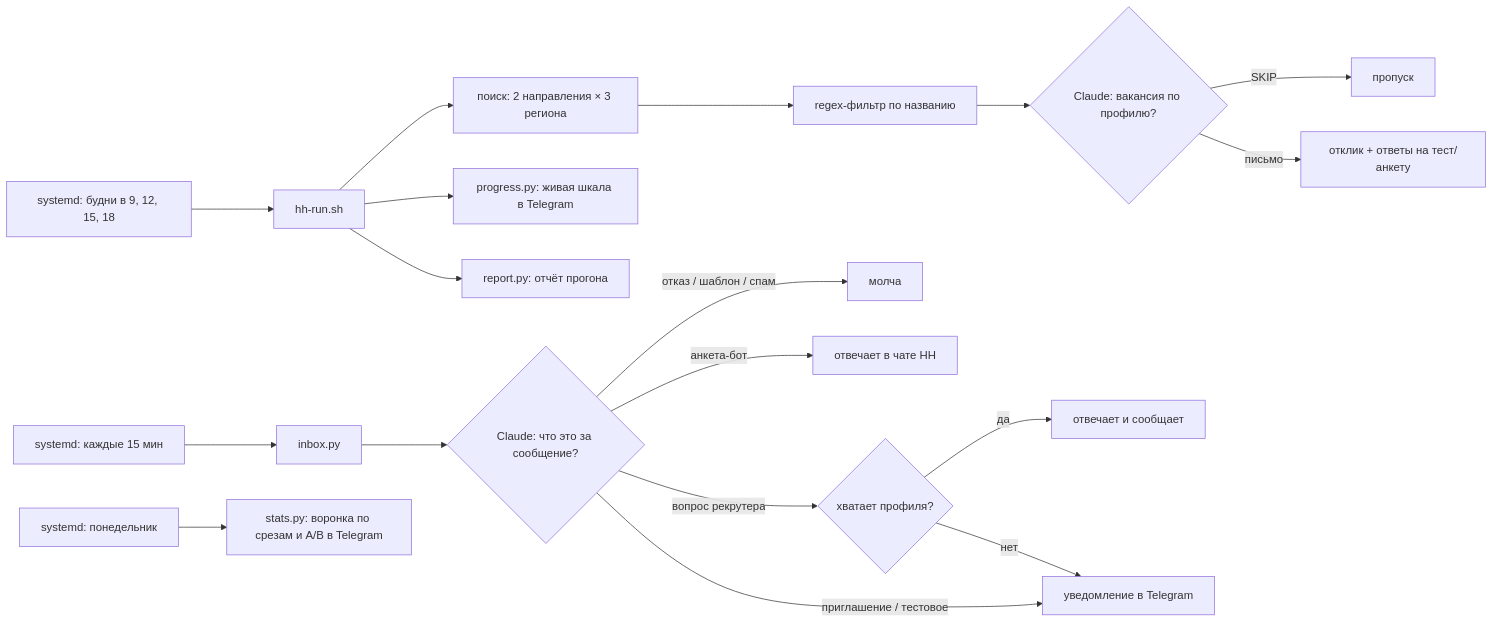
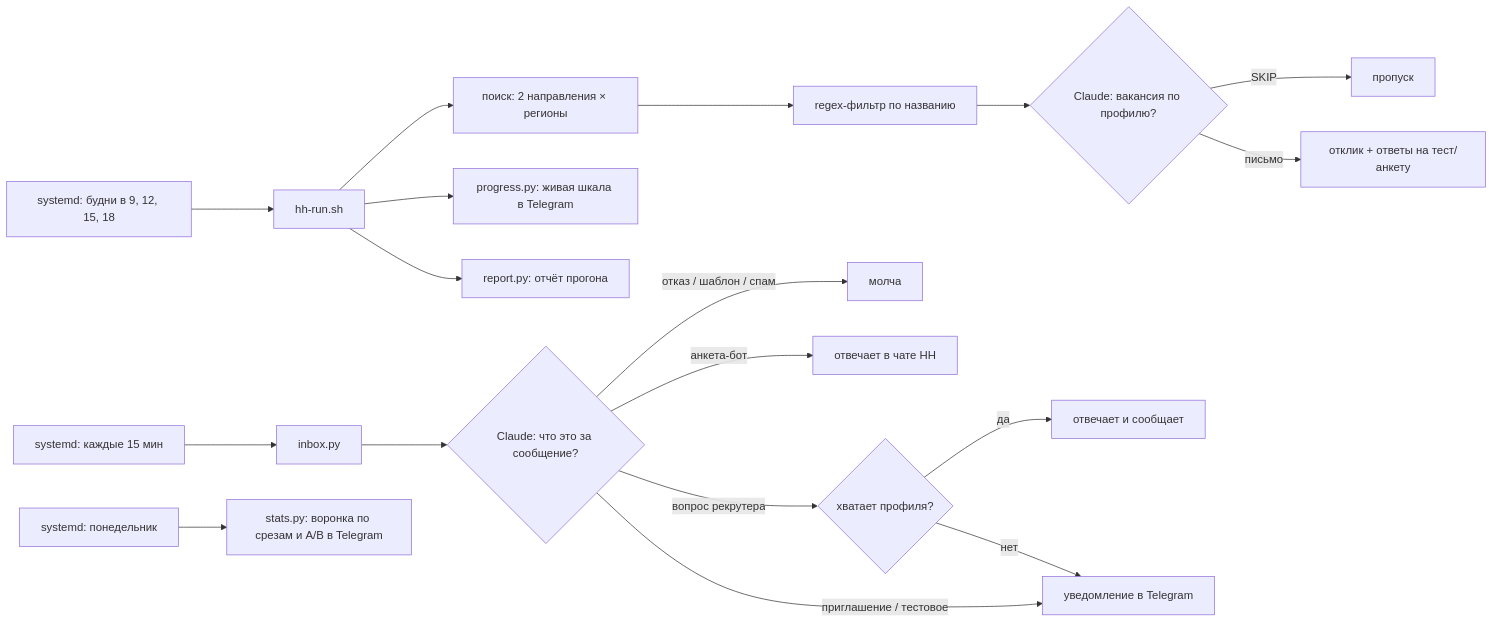
Before and after one commit to GetGoose44/hh-autopilot: the diagram in README.md, drawn with Mermaid. The commit also changed other lines of this file, not shown here.

Commit message:
README: проходы поиска

````diff
--- a/README.md
+++ b/README.md
@@ -37,20 +37,20 @@
 ```mermaid
 flowchart LR
     T1[systemd: будни в 9, 12, 15, 18] --> R[hh-run.sh]
-    R --> S[поиск: 2 направления × 3 региона]
+    R --> S[поиск: 2 направления × регионы]
     S --> F[regex-фильтр по названию]
     F --> L{Claude: вакансия по профилю?}
     L -- SKIP --> X[пропуск]
     L -- письмо --> A[отклик + ответы на тест/анкету]
     R --> P[progress.py: живая шкала в Telegram]
     R --> REP[report.py: отчёт прогона]
     T2[systemd: каждые 15 мин] --> I[inbox.py]
     I --> C{Claude: что это за сообщение?}
     C -- отказ / шаблон / спам --> Q[молча]
     C -- анкета-бот --> B[отвечает в чате HH]
     C -- вопрос рекрутера --> RR{хватает профиля?}
     RR -- да --> ANS[отвечает и сообщает]
     RR -- нет --> TG[уведомление в Telegram]
     C -- приглашение / тестовое --> TG
     T3[systemd: понедельник] --> ST[stats.py: воронка по срезам и A/B в Telegram]
 ```
````
